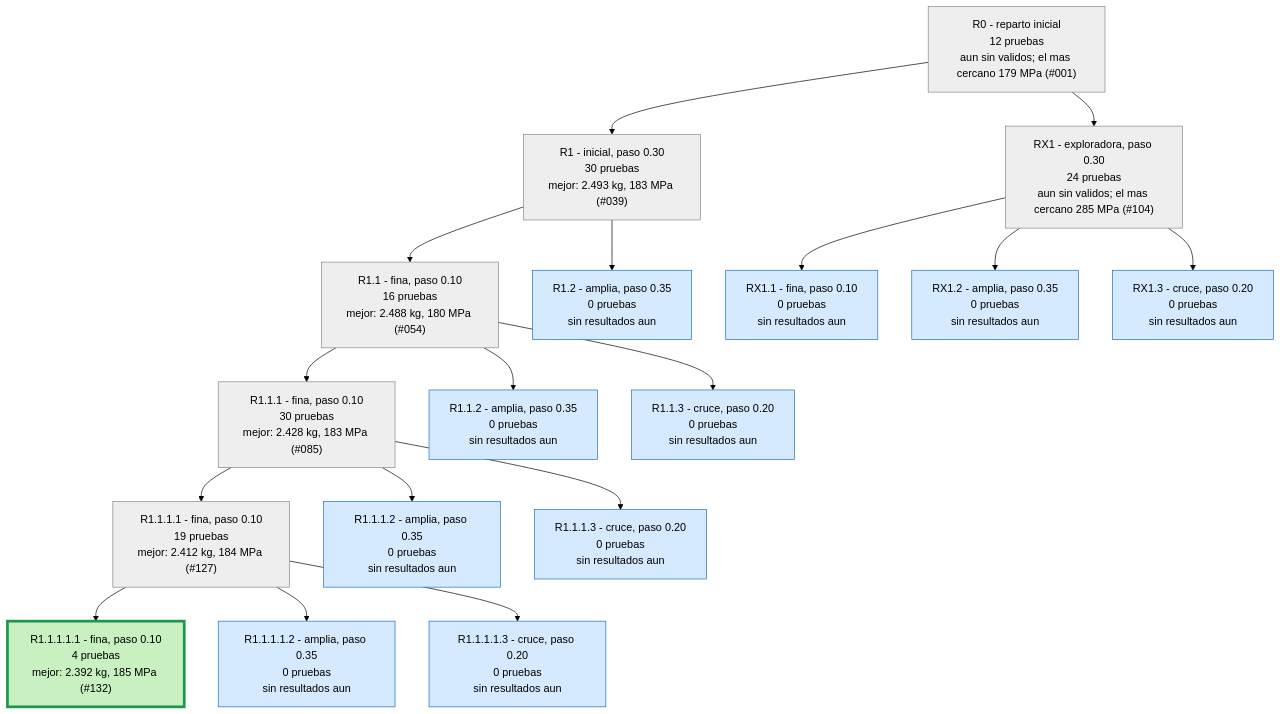
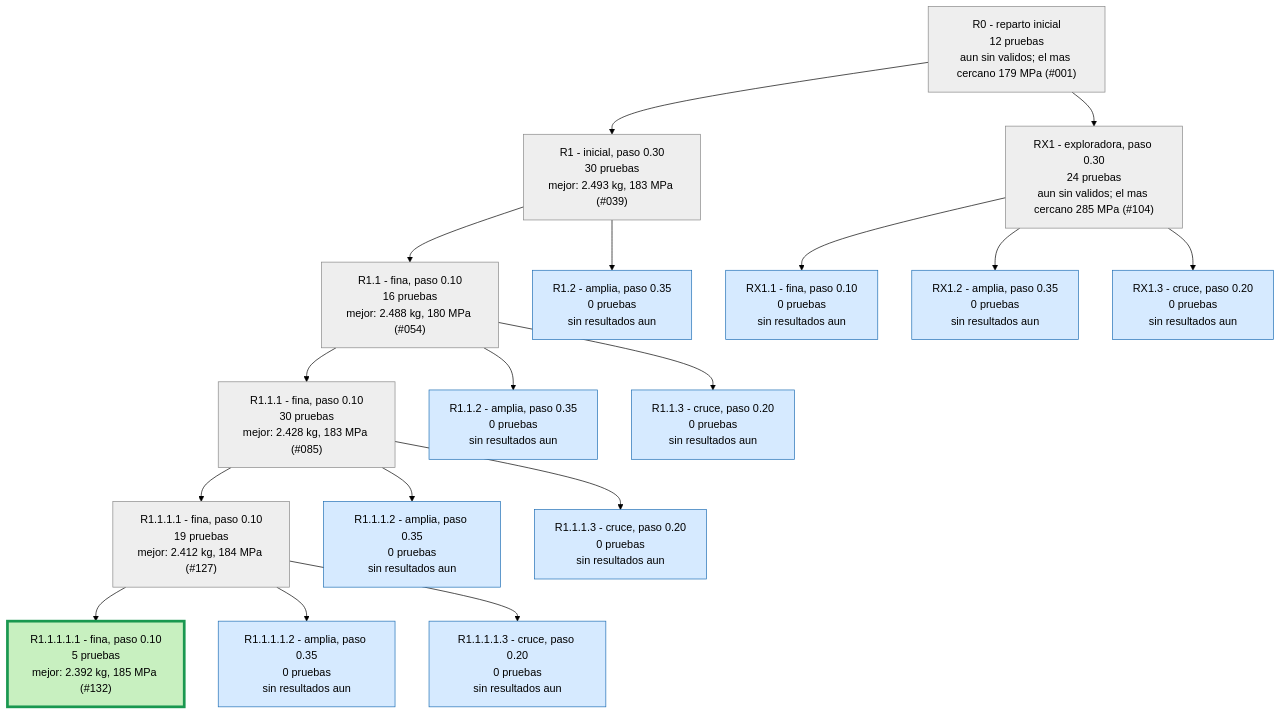
Before and after one commit to Hugiko/msd-soporte-optimizacion: the second of 3 diagrams in runs/opt_37800N/ARBOL.md, drawn with Mermaid (forest theme). The commit also changed 22 other files, not shown here.

````diff
--- a/runs/opt_37800N/ARBOL.md
+++ b/runs/opt_37800N/ARBOL.md
@@ -29,39 +29,39 @@
 ```mermaid
 graph TD
 classDef activa fill:#d6eaff,stroke:#1f6fb5,color:#000
 classDef fin fill:#eeeeee,stroke:#888,color:#000
 classDef mejor fill:#c8f0c0,stroke:#1a9850,stroke-width:4px,color:#000
 R0["R0 - reparto inicial<br/>12 pruebas<br/>aun sin validos; el mas cercano 179 MPa (#001)"]:::fin
 R1["R1 - inicial, paso 0.30<br/>30 pruebas<br/>mejor: 2.493 kg, 183 MPa (#039)"]:::fin
 R0 --> R1
 R1_1["R1.1 - fina, paso 0.10<br/>16 pruebas<br/>mejor: 2.488 kg, 180 MPa (#054)"]:::fin
 R1 --> R1_1
 R1_2["R1.2 - amplia, paso 0.35<br/>0 pruebas<br/>sin resultados aun"]:::activa
 R1 --> R1_2
 R1_1_1["R1.1.1 - fina, paso 0.10<br/>30 pruebas<br/>mejor: 2.428 kg, 183 MPa (#085)"]:::fin
 R1_1 --> R1_1_1
 R1_1_2["R1.1.2 - amplia, paso 0.35<br/>0 pruebas<br/>sin resultados aun"]:::activa
 R1_1 --> R1_1_2
 R1_1_3["R1.1.3 - cruce, paso 0.20<br/>0 pruebas<br/>sin resultados aun"]:::activa
 R1_1 --> R1_1_3
 R1_1_1_1["R1.1.1.1 - fina, paso 0.10<br/>19 pruebas<br/>mejor: 2.412 kg, 184 MPa (#127)"]:::fin
 R1_1_1 --> R1_1_1_1
 R1_1_1_2["R1.1.1.2 - amplia, paso 0.35<br/>0 pruebas<br/>sin resultados aun"]:::activa
 R1_1_1 --> R1_1_1_2
 R1_1_1_3["R1.1.1.3 - cruce, paso 0.20<br/>0 pruebas<br/>sin resultados aun"]:::activa
 R1_1_1 --> R1_1_1_3
 RX1["RX1 - exploradora, paso 0.30<br/>24 pruebas<br/>aun sin validos; el mas cercano 285 MPa (#104)"]:::fin
 R0 --> RX1
 RX1_1["RX1.1 - fina, paso 0.10<br/>0 pruebas<br/>sin resultados aun"]:::activa
 RX1 --> RX1_1
 RX1_2["RX1.2 - amplia, paso 0.35<br/>0 pruebas<br/>sin resultados aun"]:::activa
 RX1 --> RX1_2
 RX1_3["RX1.3 - cruce, paso 0.20<br/>0 pruebas<br/>sin resultados aun"]:::activa
 RX1 --> RX1_3
-R1_1_1_1_1["R1.1.1.1.1 - fina, paso 0.10<br/>4 pruebas<br/>mejor: 2.392 kg, 185 MPa (#132)"]:::mejor
+R1_1_1_1_1["R1.1.1.1.1 - fina, paso 0.10<br/>5 pruebas<br/>mejor: 2.392 kg, 185 MPa (#132)"]:::mejor
 R1_1_1_1 --> R1_1_1_1_1
 R1_1_1_1_2["R1.1.1.1.2 - amplia, paso 0.35<br/>0 pruebas<br/>sin resultados aun"]:::activa
 R1_1_1_1 --> R1_1_1_1_2
 R1_1_1_1_3["R1.1.1.1.3 - cruce, paso 0.20<br/>0 pruebas<br/>sin resultados aun"]:::activa
 R1_1_1_1 --> R1_1_1_1_3
 ```
````
